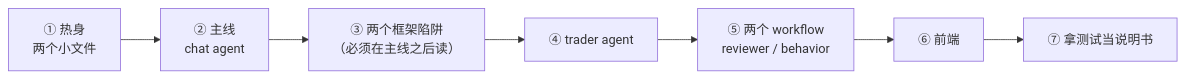
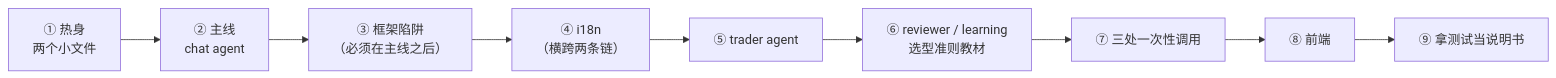
The diagram in docs/agent-harness/tutorial.md (mamawai/wiib), drawn with Mermaid before and after one commit. The commit also changed other lines of this file and 14 other files, not shown here.

````diff
--- a/docs/agent-harness/tutorial.md
+++ b/docs/agent-harness/tutorial.md
@@ -23,9 +34,11 @@
 ```mermaid
 flowchart LR
     W["① 热身<br/>两个小文件"] --> C["② 主线<br/>chat agent"]
-    C --> T["③ 两个框架陷阱<br/>（必须在主线之后读）"]
-    T --> TR["④ trader agent"]
-    TR --> WF["⑤ 两个 workflow<br/>reviewer / behavior"]
-    WF --> FE["⑥ 前端"]
-    FE --> TEST["⑦ 拿测试当说明书"]
+    C --> T["③ 框架陷阱<br/>（必须在主线之后）"]
+    T --> I["④ i18n<br/>（横跨两条链）"]
+    I --> TR["⑤ trader agent"]
+    TR --> L["⑥ reviewer / learning<br/>选型准则教材"]
+    L --> ONE["⑦ 三处一次性调用"]
+    ONE --> FE["⑧ 前端"]
+    FE --> TEST["⑨ 拿测试当说明书"]
 ```
````
